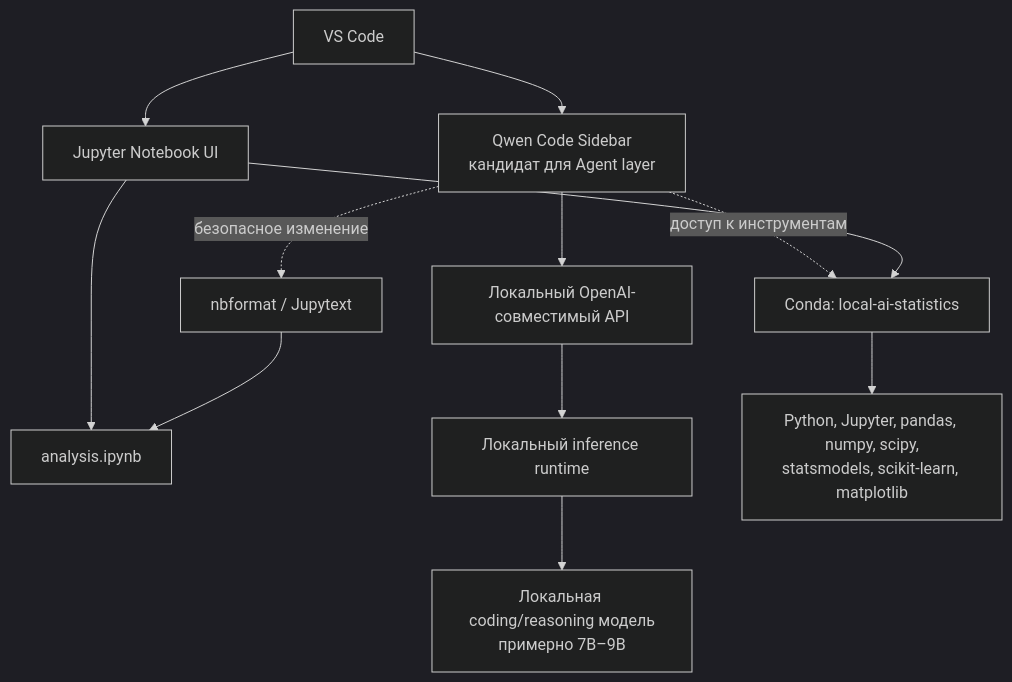
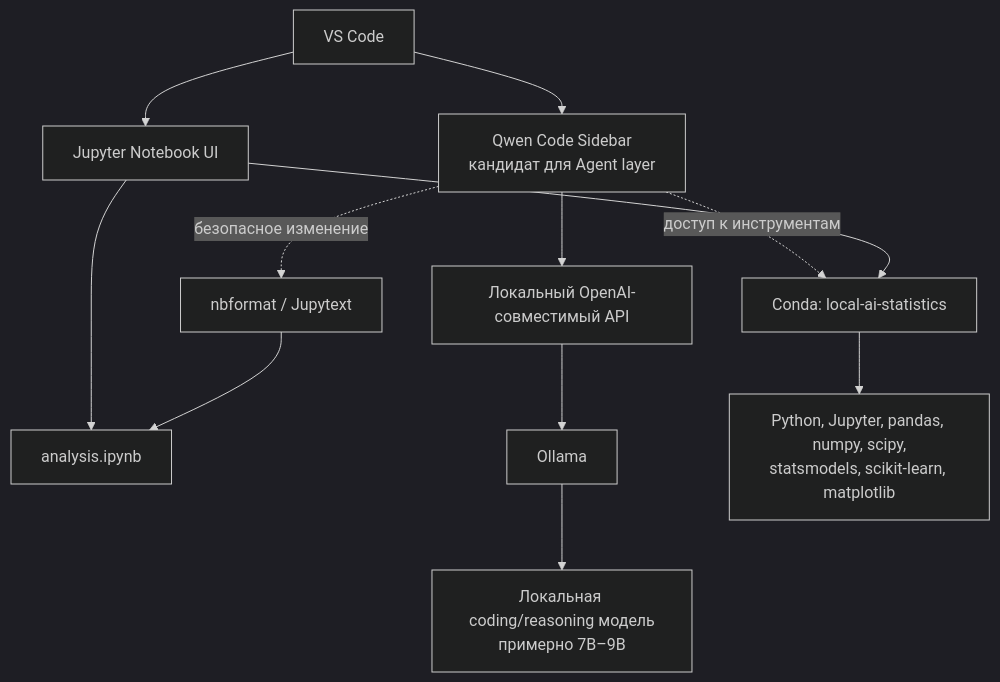
Before and after one commit to KulikovKA/local-ai-statistics-agent: the diagram in docs/ARCHITECTURE.md, drawn with Mermaid (dark theme). The commit also changed other lines of this file and 4 other files, not shown here.

````diff
--- a/docs/ARCHITECTURE.md
+++ b/docs/ARCHITECTURE.md
@@ -5,14 +5,14 @@
 ```mermaid
 flowchart TD
     VS[VS Code] --> NB[Jupyter Notebook UI]
     NB --> IPYNB[analysis.ipynb]
     VS --> QS[Qwen Code Sidebar\nкандидат для Agent layer]
     QS --> API[Локальный OpenAI-совместимый API]
-    API --> RT[Локальный inference runtime]
+    API --> RT[Ollama]
     RT --> MODEL[Локальная coding/reasoning модель\nпримерно 7B–9B]
     QS -. доступ к инструментам .-> EXEC[Conda: local-ai-statistics]
     NB --> EXEC
     EXEC --> DS[Python, Jupyter, pandas, numpy, scipy,\nstatsmodels, scikit-learn, matplotlib]
     QS -. безопасное изменение .-> NOTE[nbformat / Jupytext]
     NOTE --> IPYNB
 ```
````
